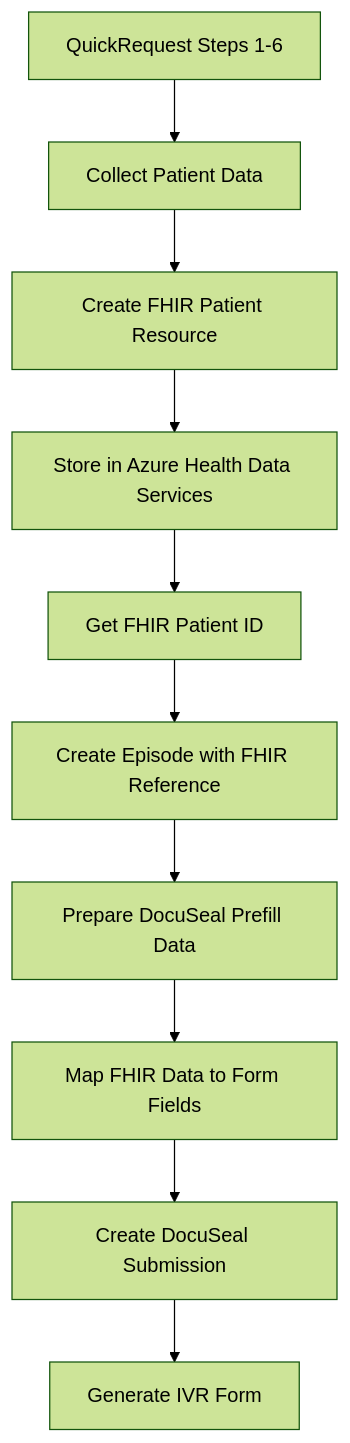
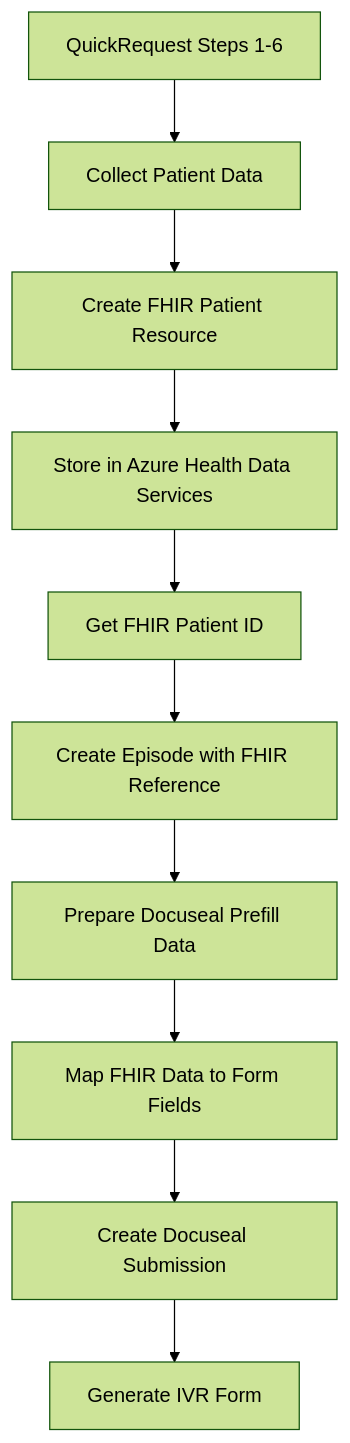
Before and after one commit to saadiarif277/wound-care-react-laravel: the diagram in docs/compliance-and-regulatory/azure-health-data-services-best-practices.md, drawn with Mermaid (forest theme). The commit also changed other lines of this file and 275 other files, not shown here.

First line of the commit message:
Refactor references from DocuSeal to Docuseal across tests and documentation

````diff
--- a/docs/compliance-and-regulatory/azure-health-data-services-best-practices.md
+++ b/docs/compliance-and-regulatory/azure-health-data-services-best-practices.md
@@ -295,12 +295,12 @@
 ```mermaid
 graph TD
     A[QuickRequest Steps 1-6] --> B[Collect Patient Data]
     B --> C[Create FHIR Patient Resource]
     C --> D[Store in Azure Health Data Services]
     D --> E[Get FHIR Patient ID]
     E --> F[Create Episode with FHIR Reference]
-    F --> G[Prepare DocuSeal Prefill Data]
+    F --> G[Prepare Docuseal Prefill Data]
     G --> H[Map FHIR Data to Form Fields]
-    H --> I[Create DocuSeal Submission]
+    H --> I[Create Docuseal Submission]
     I --> J[Generate IVR Form]
 ```
````
